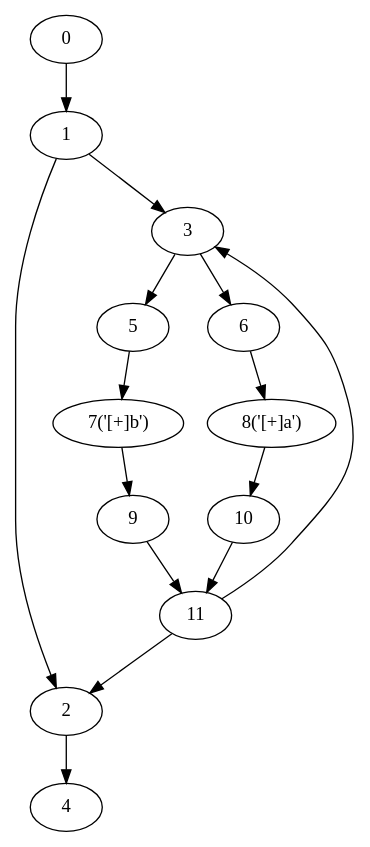
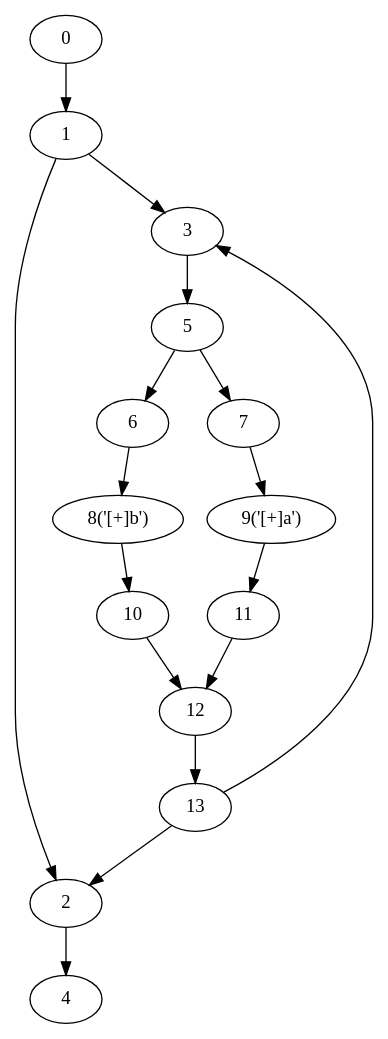
The diagram in NRegex.Test/Graphs/TestMethod06.dot (yyl-20020115/NRegEx), drawn with Graphviz before and after one commit. The commit also changed 20 other files, not shown here.

```diff
--- a/NRegex.Test/Graphs/TestMethod06.dot
+++ b/NRegex.Test/Graphs/TestMethod06.dot
@@ -1,28 +1,32 @@
 digraph g {
 	0 ;
 	1 ;
 	2 ;
 	3 ;
 	4 ;
 	5 ;
 	6 ;
-	7 [label="7('[+]b')"];
-	8 [label="8('[+]a')"];
-	9 ;
+	7 ;
+	8 [label="8('[+]b')"];
+	9 [label="9('[+]a')"];
 	10 ;
 	11 ;
+	12 ;
+	13 ;
 	0->1;
 	1->2;
-	11->2;
+	13->2;
 	1->3;
-	11->3;
+	13->3;
 	2->4;
 	3->5;
-	3->6;
+	5->6;
 	5->7;
 	6->8;
 	7->9;
 	8->10;
 	9->11;
-	10->11;
+	10->12;
+	11->12;
+	12->13;
 }
```
